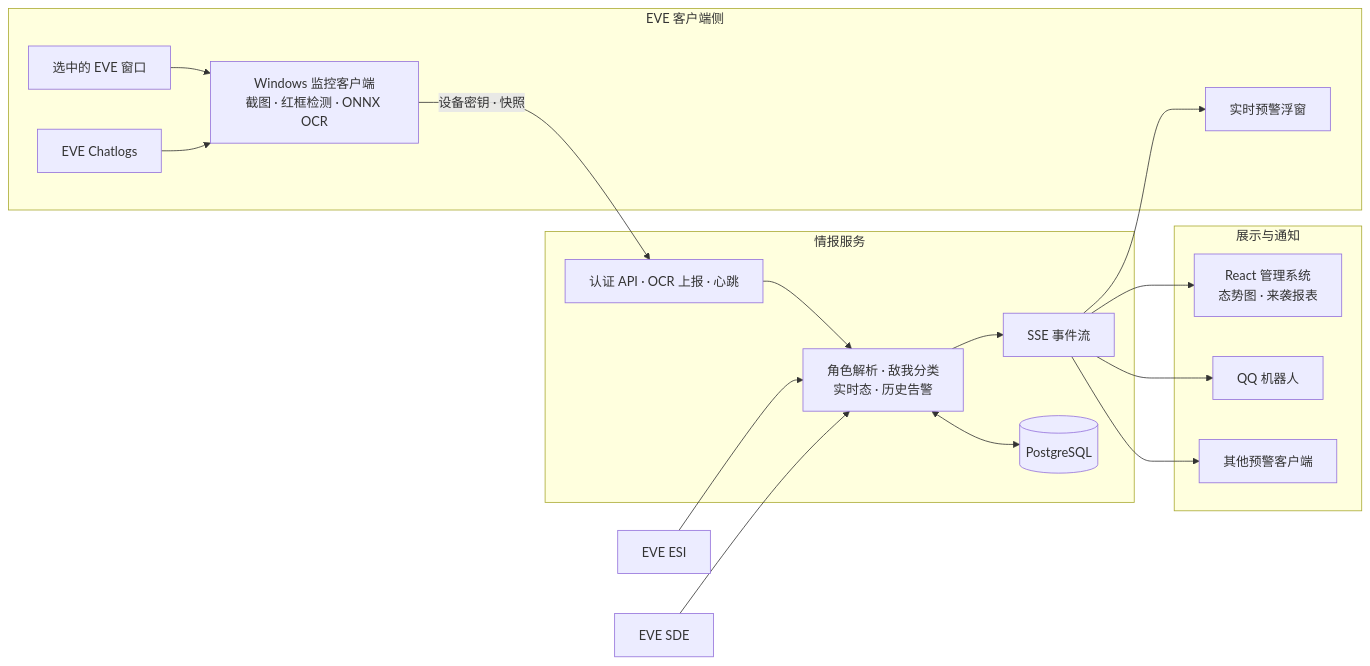
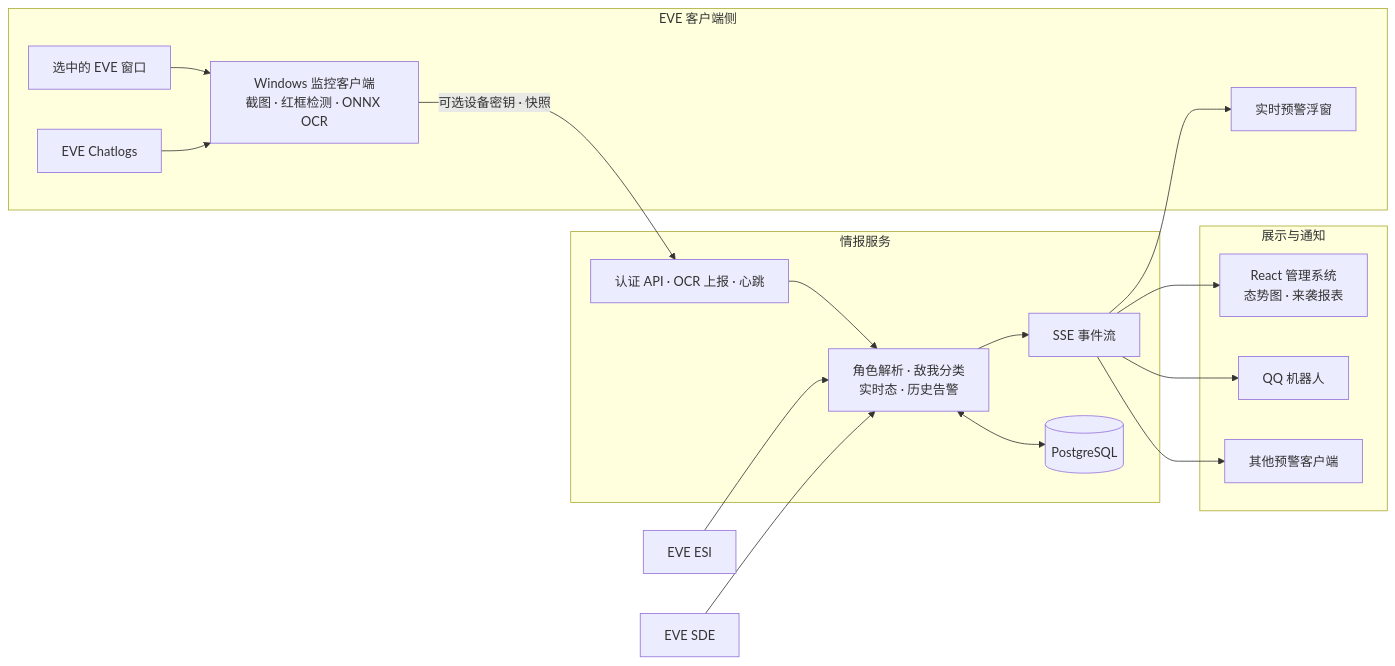
One commit to xiaqijun/eve-sentry changed the first of 3 diagrams in README.md. Above: the diagram before and after it, drawn with Mermaid. The commit also changed other lines of this file and 9 other files, not shown here.

````diff
--- a/README.md
+++ b/README.md
@@ -8,35 +8,35 @@
 ```mermaid
 flowchart LR
     subgraph edge["EVE 客户端侧"]
         eve["选中的 EVE 窗口"]
         logs["EVE Chatlogs"]
         monitor["Windows 监控客户端<br/>截图 · 红框检测 · ONNX OCR"]
         overlay["实时预警浮窗"]
         eve --> monitor
         logs --> monitor
     end
 
     subgraph service["情报服务"]
         api["认证 API · OCR 上报 · 心跳"]
         intel["角色解析 · 敌我分类<br/>实时态 · 历史告警"]
         stream["SSE 事件流"]
         database[("PostgreSQL")]
         api --> intel
         intel <--> database
         intel --> stream
     end
 
     subgraph consumers["展示与通知"]
         web["React 管理系统<br/>态势图 · 来袭报表"]
         bot["QQ 机器人"]
         clients["其他预警客户端"]
     end
 
     esi["EVE ESI"] --> intel
     sde["EVE SDE"] --> intel
-    monitor -->|"设备密钥 · 快照"| api
+    monitor -->|"可选设备密钥 · 快照"| api
     stream --> overlay
     stream --> web
     stream --> bot
     stream --> clients
 ```
````
